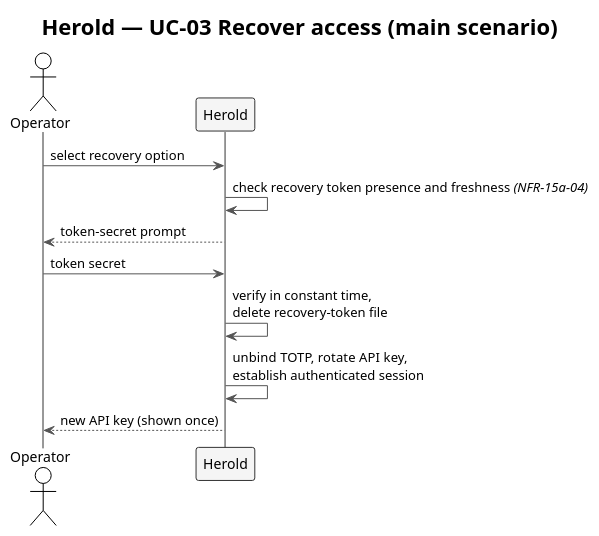
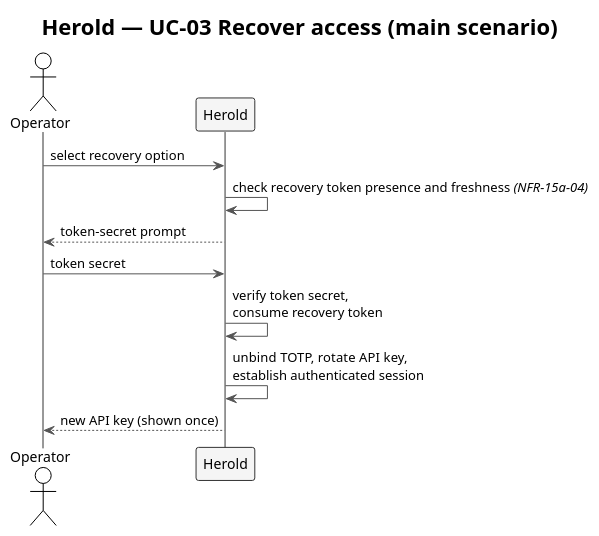
The diagram in docs/spec/diagrams/f2-uc03-recover-access.plantuml (carstenlucke/herold), drawn with PlantUML before and after one commit. The commit also changed 6 other files, not shown here.

```diff
--- a/docs/spec/diagrams/f2-uc03-recover-access.plantuml
+++ b/docs/spec/diagrams/f2-uc03-recover-access.plantuml
@@ -1,25 +1,25 @@
 @startuml f2-uc03-recover-access
 !theme plain
 skinparam shadowing false
 skinparam ArrowColor #555555
 skinparam SequenceLifeLineBorderColor #333333
 skinparam SequenceParticipantBorderColor #333333
 skinparam SequenceParticipantBackgroundColor #F5F5F5
 skinparam SequenceReferenceBackgroundColor #F0E8FF
 skinparam SequenceGroupBodyBackgroundColor transparent
 
 title Herold — UC-03 Recover access (main scenario)
 
 actor    "Operator" as OP
 participant "Herold"  as SYS
 
 OP  ->  SYS : select recovery option
 SYS ->  SYS : check recovery token presence and freshness //(NFR-15a-04)//
 SYS --> OP  : token-secret prompt
 
 OP  ->  SYS : token secret
-SYS ->  SYS : verify in constant time,\ndelete recovery-token file
+SYS ->  SYS : verify token secret,\nconsume recovery token
 SYS ->  SYS : unbind TOTP, rotate API key,\nestablish authenticated session
 SYS --> OP  : new API key (shown once)
 
 @enduml
```
